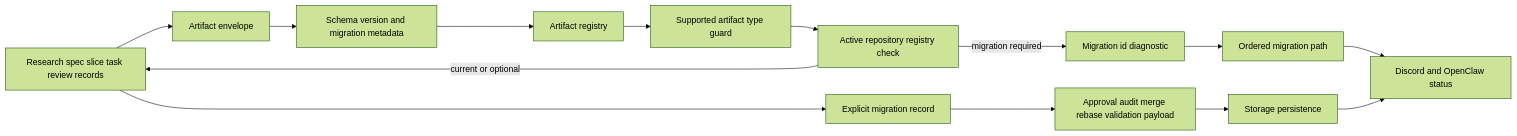
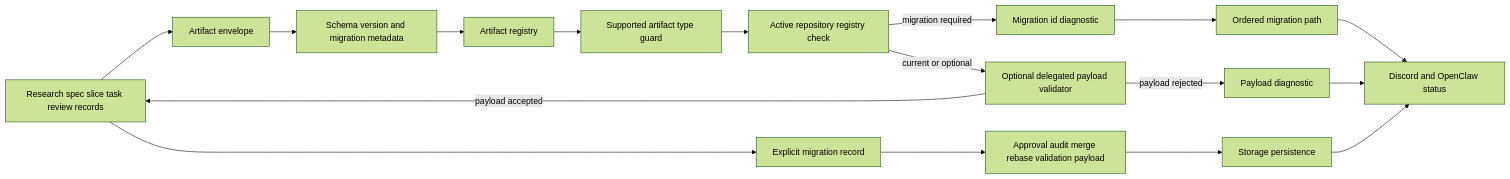
One commit to VannaDii/ironloom changed the diagram in packages/artifacts/README.md. Above: the diagram before and after it, drawn with Mermaid (forest theme). The commit also changed other lines of this file and 103 other files, not shown here.

First line of the commit message:
fix: validate delegated lifecycle payloads (#63)

````diff
--- a/packages/artifacts/README.md
+++ b/packages/artifacts/README.md
@@ -13,16 +13,19 @@
 ```mermaid
 flowchart LR
   Lifecycle[Lifecycle service] --> Envelope[Artifact envelope]
   Envelope --> Version[Schema version and migration metadata]
   Version --> Registry[Artifact registry]
   Registry --> Supported[Supported artifact type guard]
   Supported --> Active[Active repository registry check]
   Active -->|migration required| Hint[Migration id diagnostic]
   Hint --> Path[Ordered migration path]
-  Active -->|current or optional| Lifecycle[Research spec slice task review records]
+  Active -->|current or optional| Delegated[Optional delegated payload validator]
+  Delegated -->|payload rejected| PayloadError[Payload diagnostic]
+  Delegated -->|payload accepted| Lifecycle[Research spec slice task review records]
   Path --> Operator[Discord and OpenClaw status]
+  PayloadError --> Operator
   Lifecycle --> Migration[Explicit migration record]
   Migration --> Payload[Approval audit merge rebase validation payload]
   Payload --> Storage[Storage persistence]
   Storage --> Operator[Discord and OpenClaw status]
 ```
````
